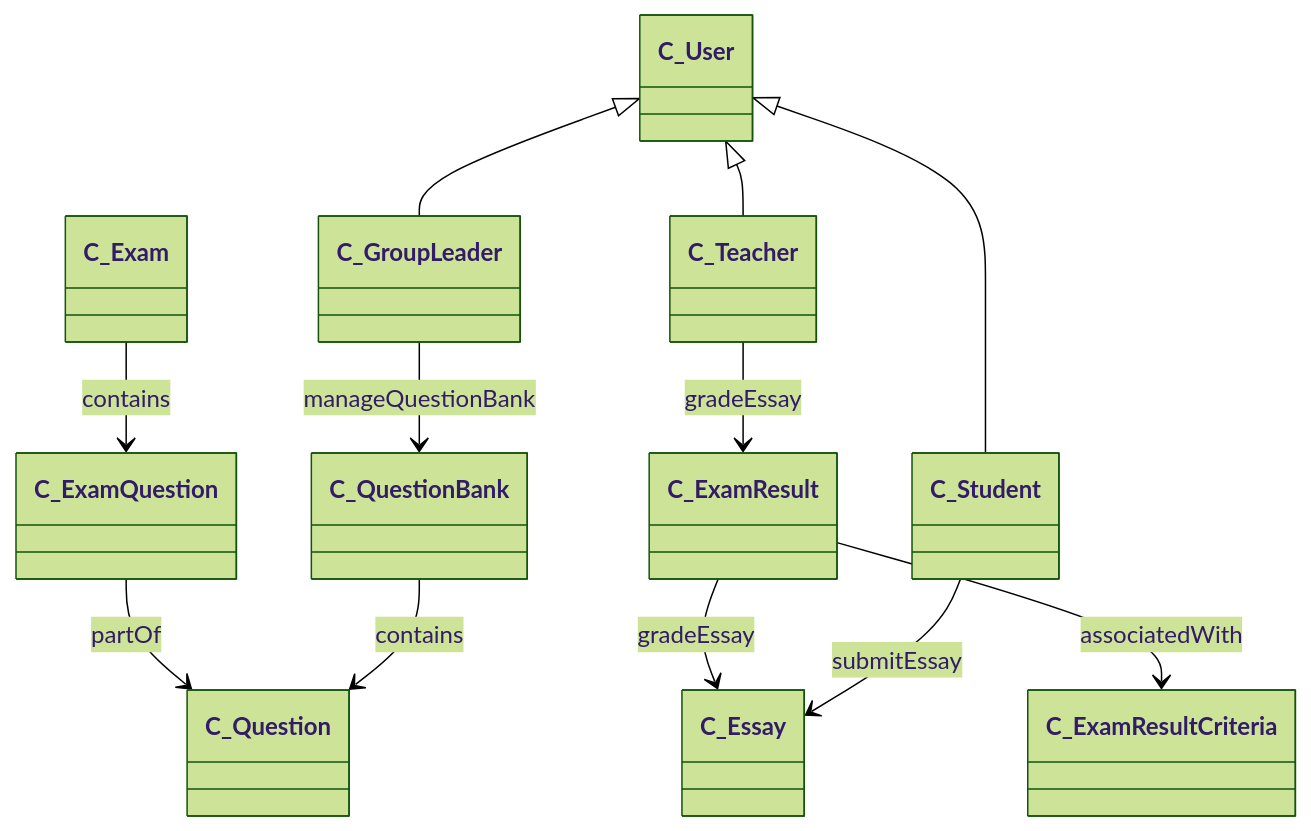
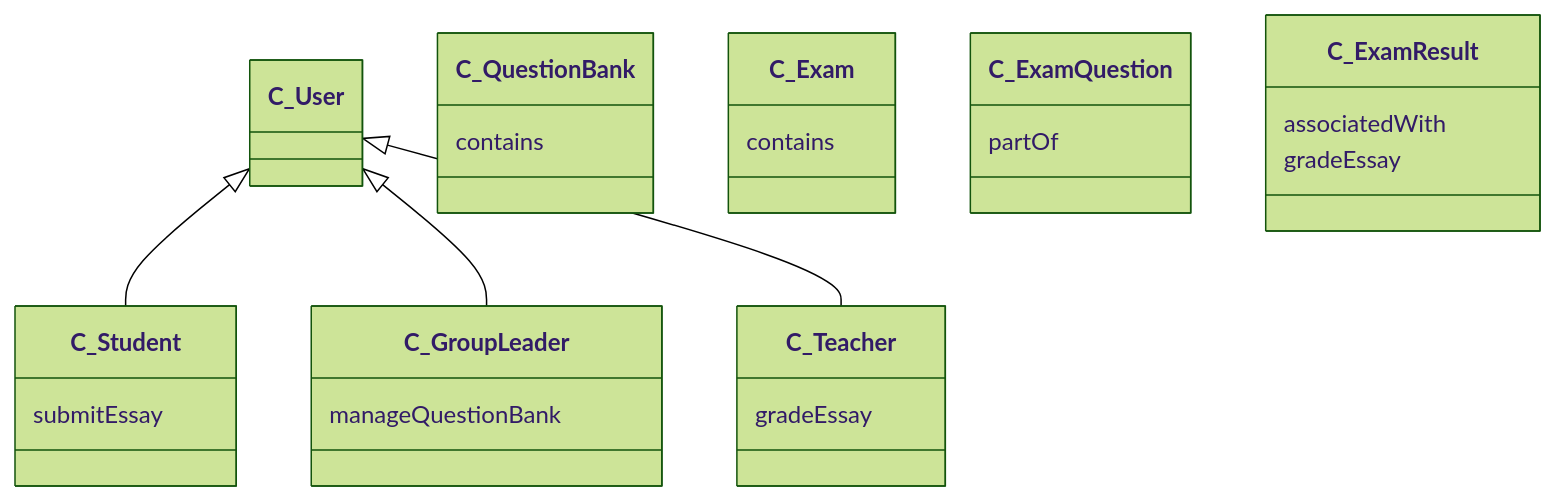
One commit to DoanNgocCuong/home changed the fourth of 6 diagrams in 5. Software E/Project MVC.md. Above: the diagram before and after it, drawn with Mermaid (forest theme). The commit also changed other lines of this file, not shown here.

````diff
--- a/5. Software E/Project MVC.md
+++ b/5. Software E/Project MVC.md
@@ -193,15 +271,15 @@
 ```mermaid
 classDiagram
     C_User <|-- C_Student
     C_User <|-- C_GroupLeader
     C_User <|-- C_Teacher
 
-    C_GroupLeader --> C_QuestionBank : manageQuestionBank
-    C_QuestionBank --> C_Question : contains
-    C_Exam --> C_ExamQuestion : contains
-    C_ExamQuestion --> C_Question : partOf
-    C_Student --> C_Essay : submitEssay
-    C_Teacher --> C_ExamResult : gradeEssay
-    C_ExamResult --> C_ExamResultCriteria : associatedWith
-    C_ExamResult --> C_Essay : gradeEssay
+    C_GroupLeader : manageQuestionBank
+    C_QuestionBank : contains
+    C_Exam : contains
+    C_ExamQuestion : partOf
+    C_Student : submitEssay
+    C_Teacher : gradeEssay
+    C_ExamResult : associatedWith
+    C_ExamResult : gradeEssay
 ```
````
